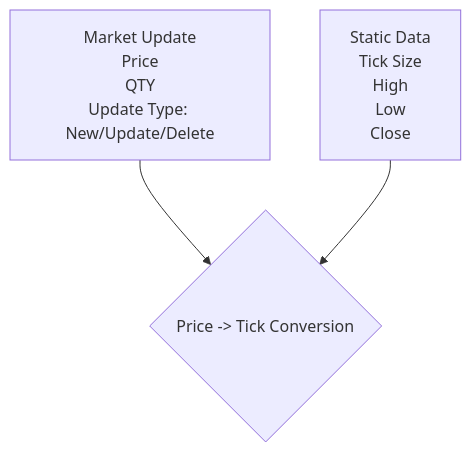
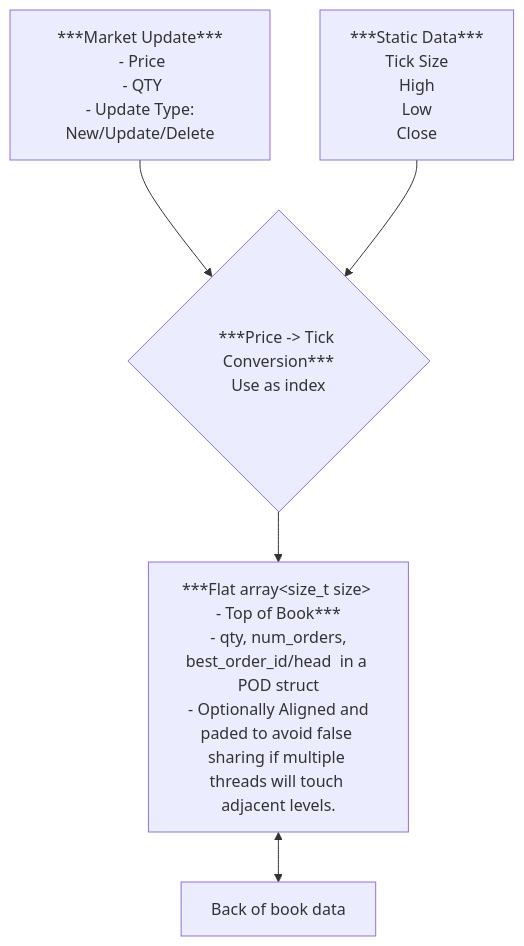
The diagram in README.md (mattyv/JazzyOrderBook), drawn with Mermaid before and after one commit.

Commit message:
Update README.md
WIP

````diff
--- a/README.md
+++ b/README.md
@@ -3,5 +3,7 @@
 ```mermaid
 flowchart TD
-  A[Market Update<br/>Price<br/>QTY<br/>Update Type: New/Update/Delete] --> C{Price -> Tick Conversion}
-  B[Static Data<br/>Tick Size<br/>High<br/>Low<br/>Close<br/>] --> C
+  A[***Market Update***<br/> - Price<br/> - QTY<br/> - Update Type: New/Update/Delete] --> C{***Price -> Tick Conversion***<br/>Use as index}
+  B[***Static Data***<br/>Tick Size<br/>High<br/>Low<br/>Close<br/>] --> C
+  C --> E[***Flat array&lt;size_t size&gt; - Top of Book***<br/> - qty, num_orders, best_order_id/head  in a POD struct<br/> - Optionally Aligned and paded to avoid false sharing if multiple threads will touch adjacent levels.]
+  E <--> F[Back of book data]
 ```
````
